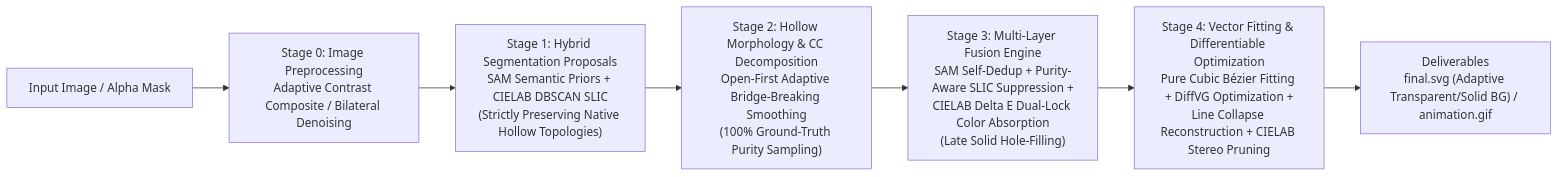
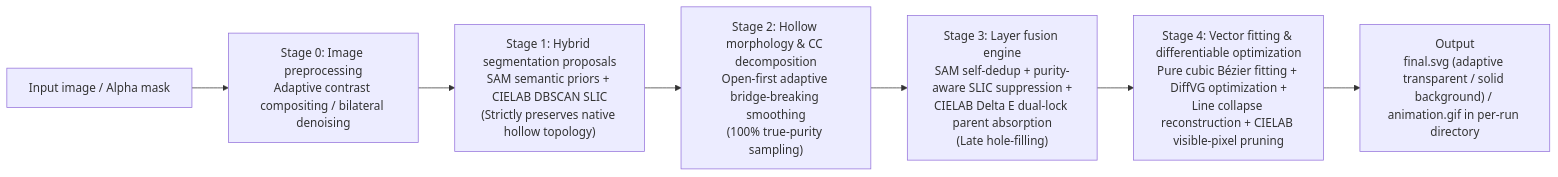
Before and after one commit to Muyi3927/Vista_V2: the diagram in README_EN.md, drawn with Mermaid. The commit also changed other lines of this file and 3 other files, not shown here.

````diff
--- a/README_EN.md
+++ b/README_EN.md
@@ -19,9 +19,9 @@
 ```mermaid
 graph LR
-    A["Input Image / Alpha Mask"] --> B["Stage 0: Image Preprocessing<br/>Adaptive Contrast Composite / Bilateral Denoising"]
-    B --> C["Stage 1: Hybrid Segmentation Proposals<br/>SAM Semantic Priors + CIELAB DBSCAN SLIC<br/>(Strictly Preserving Native Hollow Topologies)"]
-    C --> D["Stage 2: Hollow Morphology & CC Decomposition<br/>Open-First Adaptive Bridge-Breaking Smoothing<br/>(100% Ground-Truth Purity Sampling)"]
-    D --> E["Stage 3: Multi-Layer Fusion Engine<br/>SAM Self-Dedup + Purity-Aware SLIC Suppression +<br/>CIELAB Delta E Dual-Lock Color Absorption<br/>(Late Solid Hole-Filling)"]
-    E --> F["Stage 4: Vector Fitting & Differentiable Optimization<br/>Pure Cubic Bézier Fitting + DiffVG Optimization +<br/>Line Collapse Reconstruction + CIELAB Stereo Pruning"]
-    F --> G["Deliverables<br/>final.svg (Adaptive Transparent/Solid BG) / animation.gif"]
+    A["Input image / Alpha mask"] --> B["Stage 0: Image preprocessing<br/>Adaptive contrast compositing / bilateral denoising"]
+    B --> C["Stage 1: Hybrid segmentation proposals<br/>SAM semantic priors + CIELAB DBSCAN SLIC<br/>(Strictly preserves native hollow topology)"]
+    C --> D["Stage 2: Hollow morphology & CC decomposition<br/>Open-first adaptive bridge-breaking smoothing<br/>(100% true-purity sampling)"]
+    D --> E["Stage 3: Layer fusion engine<br/>SAM self-dedup + purity-aware SLIC suppression +<br/>CIELAB Delta E dual-lock parent absorption<br/>(Late hole-filling)"]
+    E --> F["Stage 4: Vector fitting & differentiable optimization<br/>Pure cubic Bézier fitting + DiffVG optimization +<br/>Line collapse reconstruction + CIELAB visible-pixel pruning"]
+    F --> G["Output<br/>final.svg (adaptive transparent / solid background) / animation.gif in per-run directory"]
 ```
````
